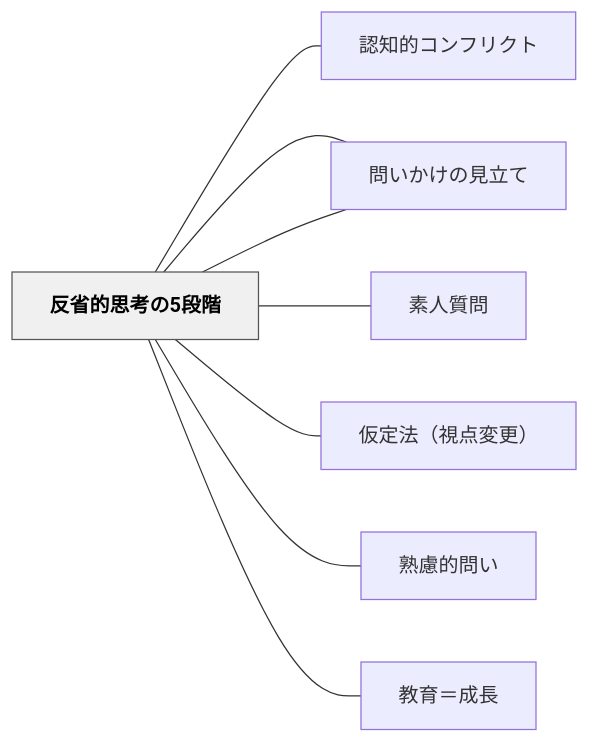
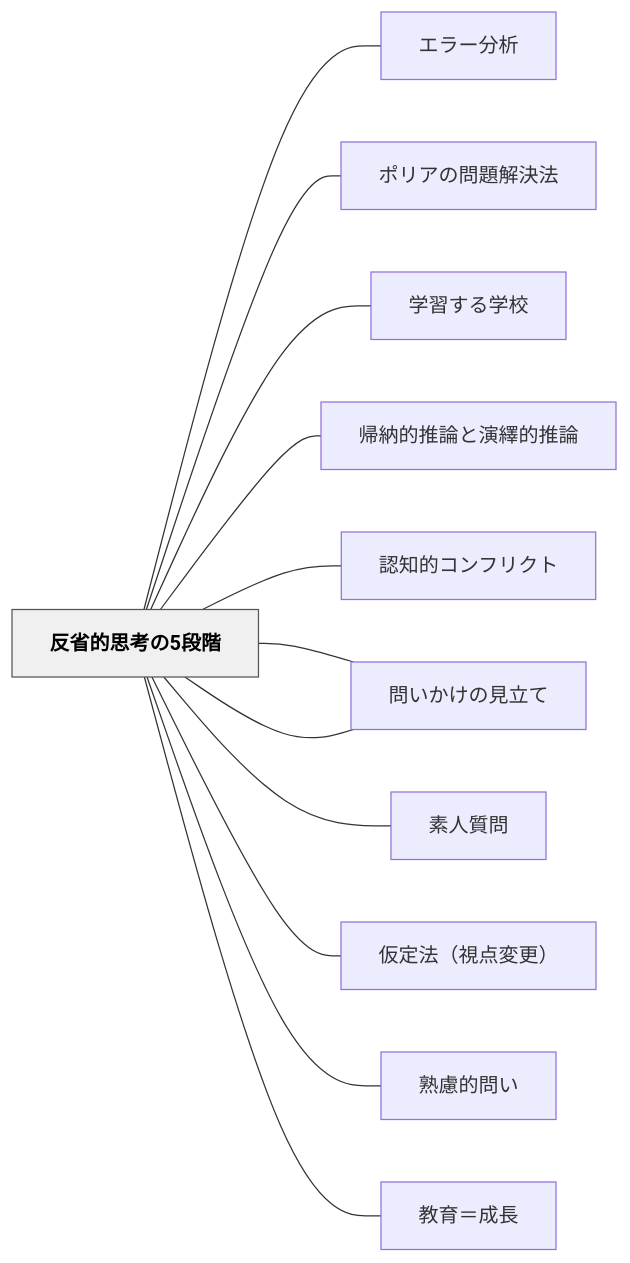
The diagram in content/パタン/反省的思考の5段階.md (unknownthings-ed-patterns/unknownthings-ed-patterns), drawn with Mermaid before and after one commit. The commit also changed other lines of this file and 473 other files, not shown here.

````diff
--- a/content/パタン/反省的思考の5段階.md
+++ b/content/パタン/反省的思考の5段階.md
@@ -150,22 +154,30 @@
 ```mermaid
 flowchart LR
     ne58f8de79c81["反省的思考の5段階"]
+    ne382a8e383a9["エラー分析"]
+    ne3839de383aa["ポリアの問題解決法"]
+    ne5ada6e7bf92["学習する学校"]
+    ne5b8b0e7b48d["帰納的推論と演繹的推論"]
     ne8aa8de79fa5["認知的コンフリクト"]
     ne5958fe38184["問いをもつ（クエスチョニング）"]
     ne7b4a0e4baba["素人質問"]
     ne4bbaee5ae9a["仮定法（視点変更）"]
     ne7869fe685ae["熟慮的問い"]
     ne5958fe38184["問いかけの見立て"]
     ne69599e882b2["教育＝成長"]
 
+    ne58f8de79c81 --- ne382a8e383a9
+    ne58f8de79c81 --- ne3839de383aa
+    ne58f8de79c81 --- ne5ada6e7bf92
+    ne58f8de79c81 --- ne5b8b0e7b48d
     ne58f8de79c81 --- ne8aa8de79fa5
     ne58f8de79c81 --- ne5958fe38184
     ne58f8de79c81 --- ne7b4a0e4baba
     ne58f8de79c81 --- ne4bbaee5ae9a
     ne58f8de79c81 --- ne7869fe685ae
     ne58f8de79c81 --- ne5958fe38184
     ne58f8de79c81 --- ne69599e882b2
 
     classDef hub fill:#f0f0f0,stroke:#555,color:#000,font-weight:bold
     class ne58f8de79c81 hub
 ```
````
